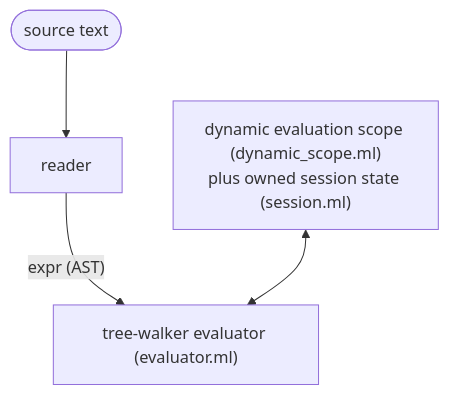
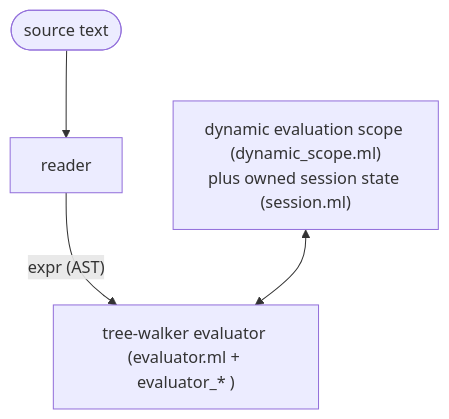
One commit to pranavra0/pp changed the diagram in docs/ARCHITECTURE.md. Above: the diagram before and after it, drawn with Mermaid. The commit also changed other lines of this file and 18 other files, not shown here.

````diff
--- a/docs/ARCHITECTURE.md
+++ b/docs/ARCHITECTURE.md
@@ -10,11 +10,11 @@
 ```mermaid
 flowchart TD
     src([source text])
     reader[reader]
-    walker["tree-walker evaluator (evaluator.ml)"]
+    walker["tree-walker evaluator (evaluator.ml + evaluator_* )"]
     runtime["dynamic evaluation scope (dynamic_scope.ml)<br/>plus owned session state (session.ml)"]
 
     src --> reader
     reader -- "expr (AST)" --> walker
     runtime <--> walker
 ```
````
